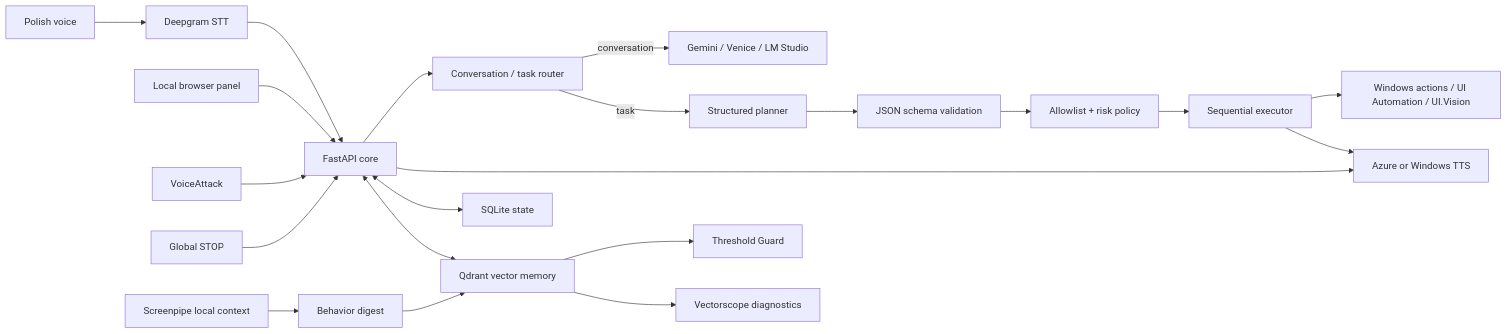
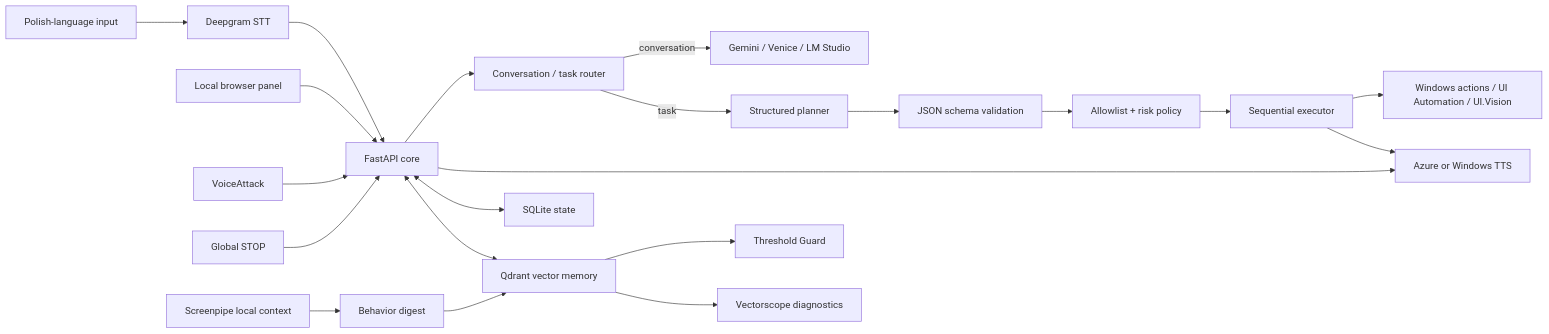
One commit to marcinromanowskilublin/VoiceLoop changed the diagram in README.md. Above: the diagram before and after it, drawn with Mermaid. The commit also changed other lines of this file, not shown here.

````diff
--- a/README.md
+++ b/README.md
@@ -103,26 +104,26 @@
 ```mermaid
 flowchart LR
-    Voice["Polish voice"] --> STT["Deepgram STT"]
+    Voice["Polish-language input"] --> STT["Deepgram STT"]
     Panel["Local browser panel"] --> Core["FastAPI core"]
     VA["VoiceAttack"] --> Core
     STT --> Core
 
     Core --> Router["Conversation / task router"]
     Router -->|"conversation"| LLM["Gemini / Venice / LM Studio"]
     Router -->|"task"| Planner["Structured planner"]
     Planner --> Schema["JSON schema validation"]
     Schema --> Policy["Allowlist + risk policy"]
     Policy --> Executor["Sequential executor"]
     Executor --> Windows["Windows actions / UI Automation / UI.Vision"]
 
     Core --> TTS["Azure or Windows TTS"]
     Executor --> TTS
     Stop["Global STOP"] --> Core
 
     Core <--> SQLite["SQLite state"]
     Core <--> Qdrant["Qdrant vector memory"]
     Screenpipe["Screenpipe local context"] --> Digest["Behavior digest"]
     Digest --> Qdrant
     Qdrant --> Guard["Threshold Guard"]
     Qdrant --> Vectorscope["Vectorscope diagnostics"]
 ```
````
